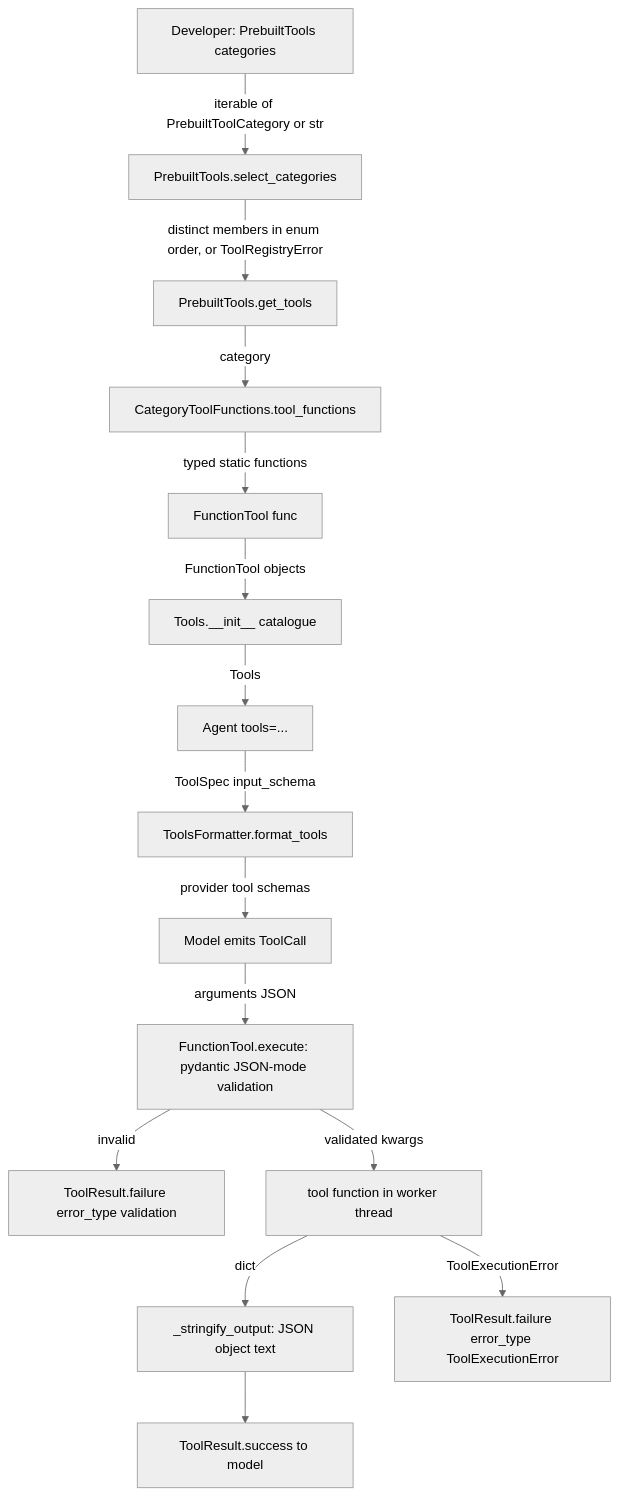
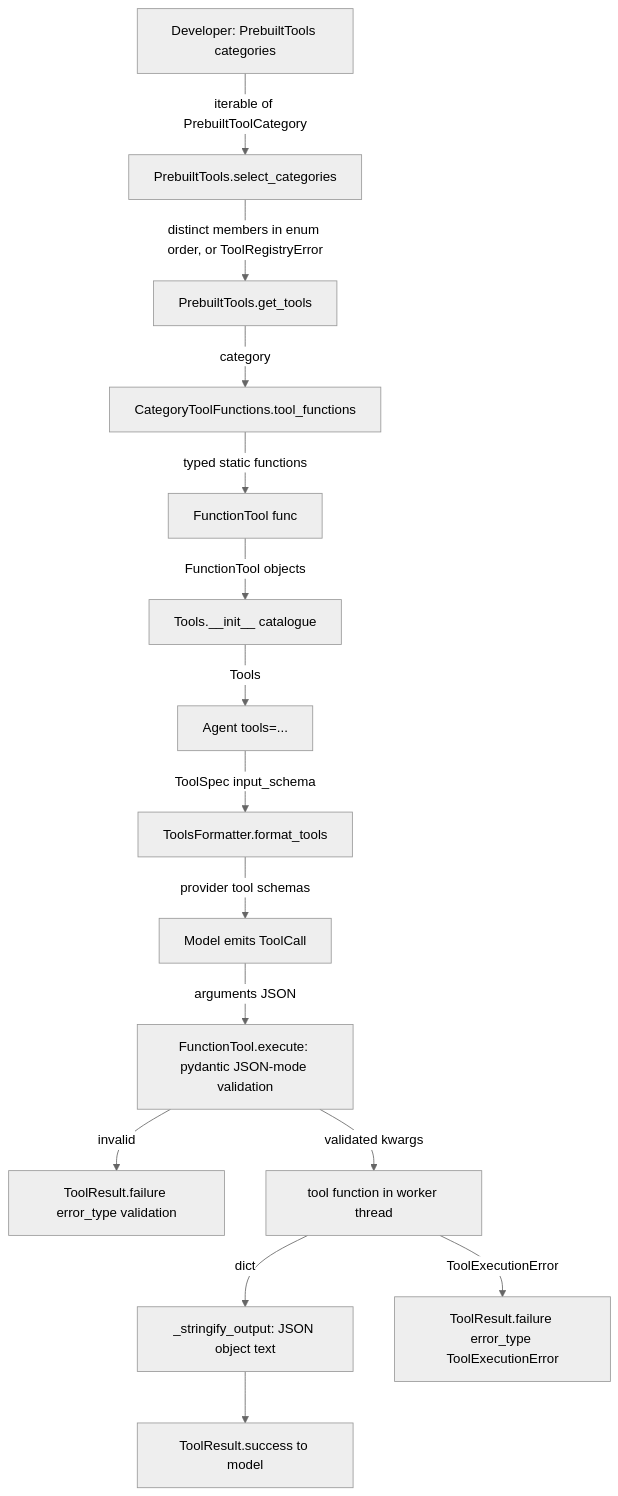
The diagram in docs/spec/prebuilt-agent-tools/spec.md (cerredz/Vidbyte-SDK), drawn with Mermaid (neutral theme) before and after one commit. The commit also changed other lines of this file, not shown here.

First line of the commit message:
docs(spec): revise prebuilt-agent-tools spec r2 (apply S1 review findings)

````diff
--- a/docs/spec/prebuilt-agent-tools/spec.md
+++ b/docs/spec/prebuilt-agent-tools/spec.md
@@ -100,17 +100,17 @@
 ```mermaid
 flowchart TD
-  A[Developer: PrebuiltTools categories] -->|iterable of PrebuiltToolCategory or str| B[PrebuiltTools.select_categories]
+  A[Developer: PrebuiltTools categories] -->|iterable of PrebuiltToolCategory| B[PrebuiltTools.select_categories]
   B -->|distinct members in enum order, or ToolRegistryError| C[PrebuiltTools.get_tools]
   C -->|category| D[CategoryToolFunctions.tool_functions]
   D -->|typed static functions| E[FunctionTool func]
   E -->|FunctionTool objects| F[Tools.__init__ catalogue]
   F -->|Tools| G[Agent tools=...]
   G -->|ToolSpec input_schema| H[ToolsFormatter.format_tools]
   H -->|provider tool schemas| I[Model emits ToolCall]
   I -->|arguments JSON| J[FunctionTool.execute: pydantic JSON-mode validation]
   J -->|invalid| K[ToolResult.failure error_type validation]
   J -->|validated kwargs| L[tool function in worker thread]
   L -->|dict| M[_stringify_output: JSON object text]
   L -->|ToolExecutionError| N[ToolResult.failure error_type ToolExecutionError]
   M --> O[ToolResult.success to model]
 ```
````
